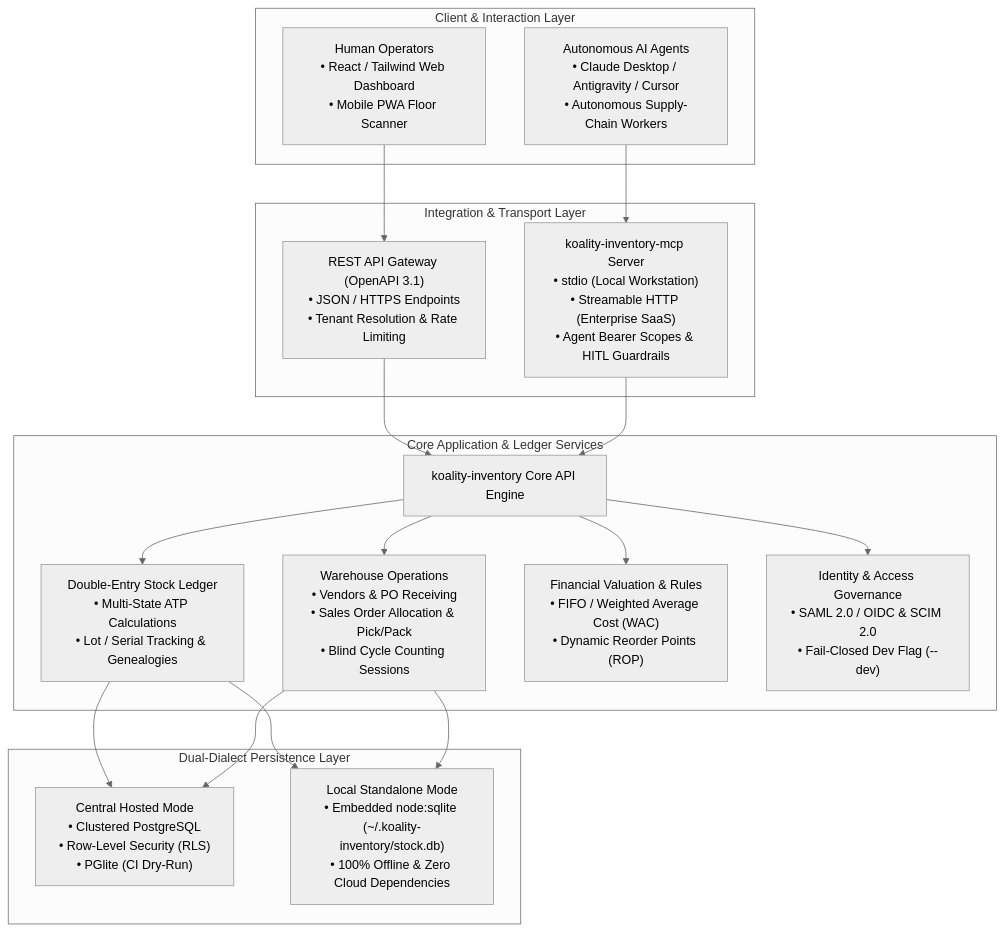
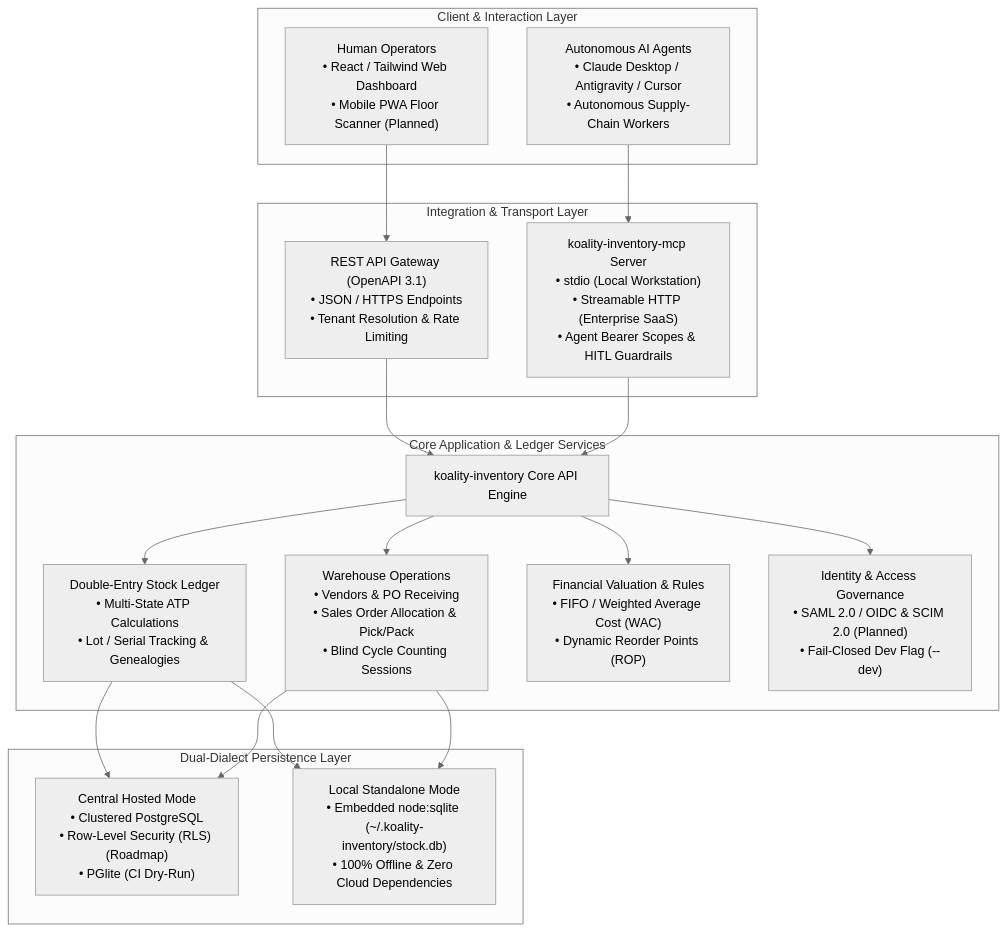
The diagram in README.md (Koality-Assured/koality-inventory), drawn with Mermaid (neutral theme) before and after one commit. The commit also changed other lines of this file and 9 other files, not shown here.

````diff
--- a/README.md
+++ b/README.md
@@ -29,40 +29,40 @@
 ```mermaid
 flowchart TD
     subgraph ClientLayer ["Client & Interaction Layer"]
-        HumanUI["Human Operators<br/>• React / Tailwind Web Dashboard<br/>• Mobile PWA Floor Scanner"]
+        HumanUI["Human Operators<br/>• React / Tailwind Web Dashboard<br/>• Mobile PWA Floor Scanner (Planned)"]
         Agents["Autonomous AI Agents<br/>• Claude Desktop / Antigravity / Cursor<br/>• Autonomous Supply-Chain Workers"]
     end
 
     subgraph IntegrationLayer ["Integration & Transport Layer"]
         Gateway["REST API Gateway (OpenAPI 3.1)<br/>• JSON / HTTPS Endpoints<br/>• Tenant Resolution & Rate Limiting"]
         MCPServer["koality-inventory-mcp Server<br/>• stdio (Local Workstation)<br/>• Streamable HTTP (Enterprise SaaS)<br/>• Agent Bearer Scopes & HITL Guardrails"]
     end
 
     subgraph CoreEngine ["Core Application & Ledger Services"]
         API["koality-inventory Core API Engine"]
         Ledger["Double-Entry Stock Ledger<br/>• Multi-State ATP Calculations<br/>• Lot / Serial Tracking & Genealogies"]
         Ops["Warehouse Operations<br/>• Vendors & PO Receiving<br/>• Sales Order Allocation & Pick/Pack<br/>• Blind Cycle Counting Sessions"]
         Valuation["Financial Valuation & Rules<br/>• FIFO / Weighted Average Cost (WAC)<br/>• Dynamic Reorder Points (ROP)"]
-        AuthModule["Identity & Access Governance<br/>• SAML 2.0 / OIDC & SCIM 2.0<br/>• Fail-Closed Dev Flag (--dev)"]
+        AuthModule["Identity & Access Governance<br/>• SAML 2.0 / OIDC & SCIM 2.0 (Planned)<br/>• Fail-Closed Dev Flag (--dev)"]
     end
 
     subgraph StorageLayer ["Dual-Dialect Persistence Layer"]
-        PG["Central Hosted Mode<br/>• Clustered PostgreSQL<br/>• Row-Level Security (RLS)<br/>• PGlite (CI Dry-Run)"]
+        PG["Central Hosted Mode<br/>• Clustered PostgreSQL<br/>• Row-Level Security (RLS) (Roadmap)<br/>• PGlite (CI Dry-Run)"]
         SQLite["Local Standalone Mode<br/>• Embedded node:sqlite (~/.koality-inventory/stock.db)<br/>• 100% Offline & Zero Cloud Dependencies"]
     end
 
     HumanUI --> Gateway
     Agents --> MCPServer
     Gateway --> API
     MCPServer --> API
 
     API --> Ledger
     API --> Ops
     API --> Valuation
     API --> AuthModule
 
     Ledger --> PG
     Ledger --> SQLite
     Ops --> PG
     Ops --> SQLite
 ```
````
